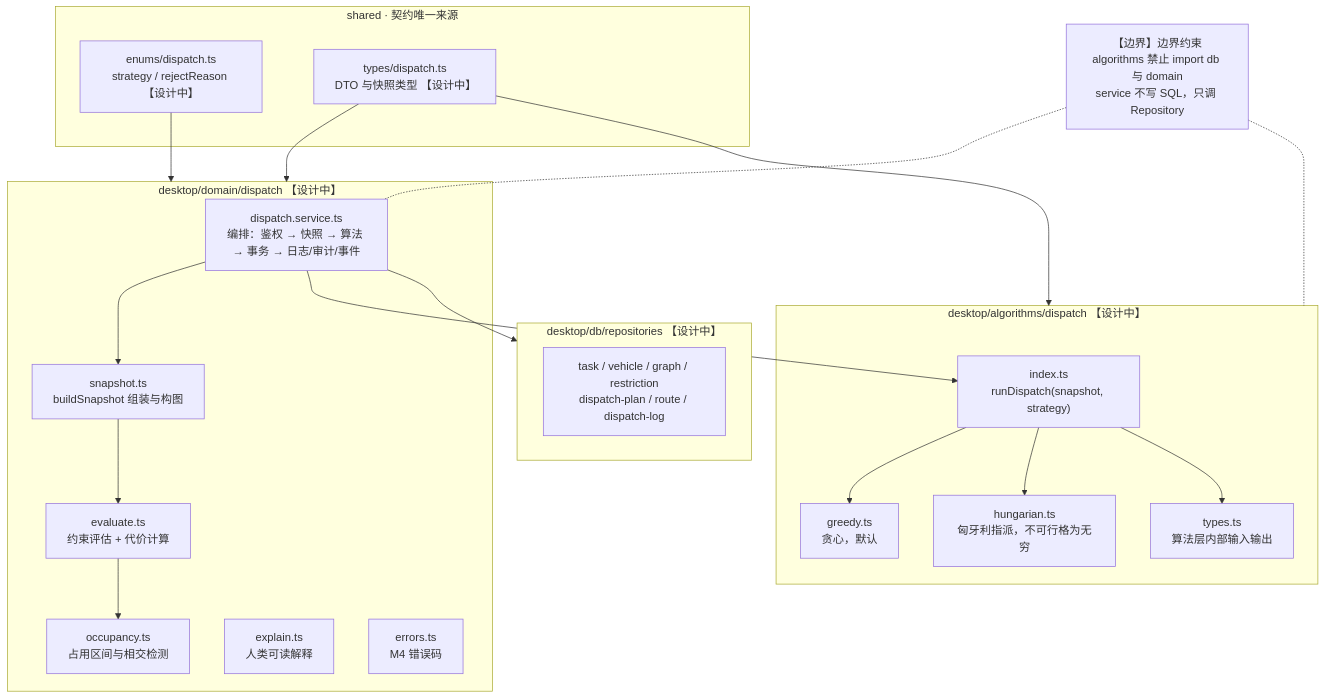
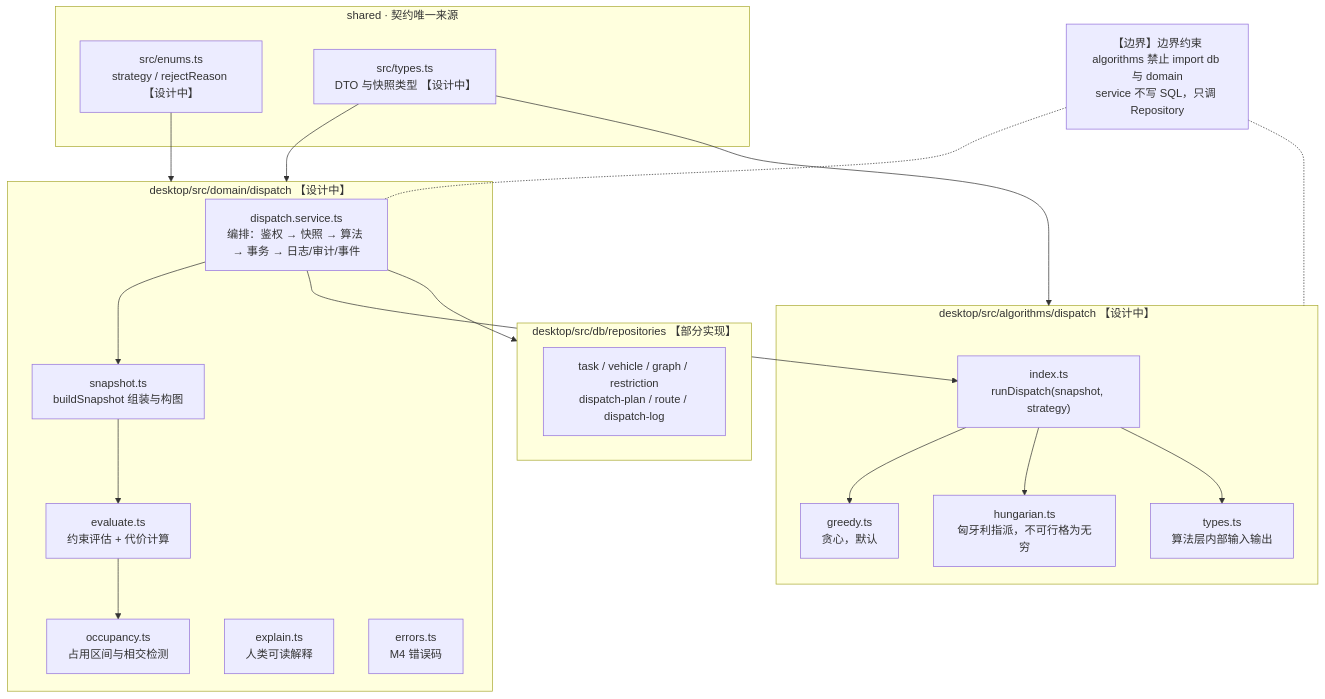
Diagram 15 of 23 in docs/architecture.md (sunstflower/831), drawn with Mermaid before and after one commit. The commit also changed other lines of this file and 14 other files, not shown here.

````diff
--- a/docs/architecture.md
+++ b/docs/architecture.md
@@ -659,43 +662,43 @@
 ```mermaid
 flowchart TB
   subgraph SHARED["shared · 契约唯一来源"]
-    S1["enums/dispatch.ts<br/>strategy / rejectReason 【设计中】"]
-    S2["types/dispatch.ts<br/>DTO 与快照类型 【设计中】"]
+    S1["src/enums.ts<br/>strategy / rejectReason 【设计中】"]
+    S2["src/types.ts<br/>DTO 与快照类型 【设计中】"]
   end
 
-  subgraph DOMAIN["desktop/domain/dispatch 【设计中】"]
+  subgraph DOMAIN["desktop/src/domain/dispatch 【设计中】"]
     D0["dispatch.service.ts<br/>编排：鉴权 → 快照 → 算法 → 事务 → 日志/审计/事件"]
     D1["snapshot.ts<br/>buildSnapshot 组装与构图"]
     D2["evaluate.ts<br/>约束评估 + 代价计算"]
     D3["occupancy.ts<br/>占用区间与相交检测"]
     D4["explain.ts<br/>人类可读解释"]
     D5["errors.ts<br/>M4 错误码"]
   end
 
-  subgraph ALGO["desktop/algorithms/dispatch 【设计中】"]
+  subgraph ALGO["desktop/src/algorithms/dispatch 【设计中】"]
     A0["index.ts<br/>runDispatch(snapshot, strategy)"]
     A1["greedy.ts<br/>贪心，默认"]
     A2["hungarian.ts<br/>匈牙利指派，不可行格为无穷"]
     A3["types.ts<br/>算法层内部输入输出"]
   end
 
-  subgraph REPO["desktop/db/repositories 【设计中】"]
+  subgraph REPO["desktop/src/db/repositories 【部分实现】"]
     RP["task / vehicle / graph / restriction<br/>dispatch-plan / route / dispatch-log"]
   end
 
   S1 --> DOMAIN
   S2 --> DOMAIN
   S2 --> ALGO
   D0 --> D1
   D0 --> A0
   D1 --> D2
   D2 --> D3
   D0 --> REPO
   A0 --> A1
   A0 --> A2
   A0 --> A3
 
   BAN["【边界】边界约束<br/>algorithms 禁止 import db 与 domain<br/>service 不写 SQL，只调 Repository"]
   BAN -.- ALGO
   BAN -.- D0
 ```
````
